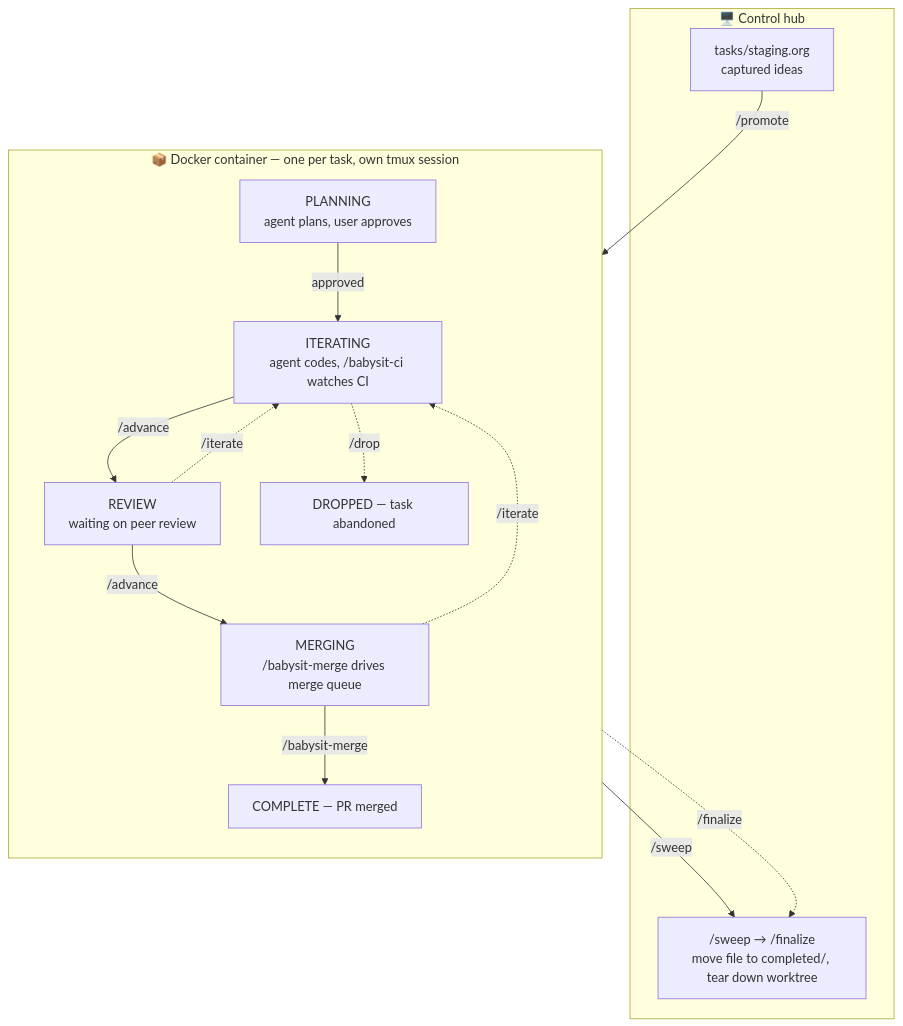
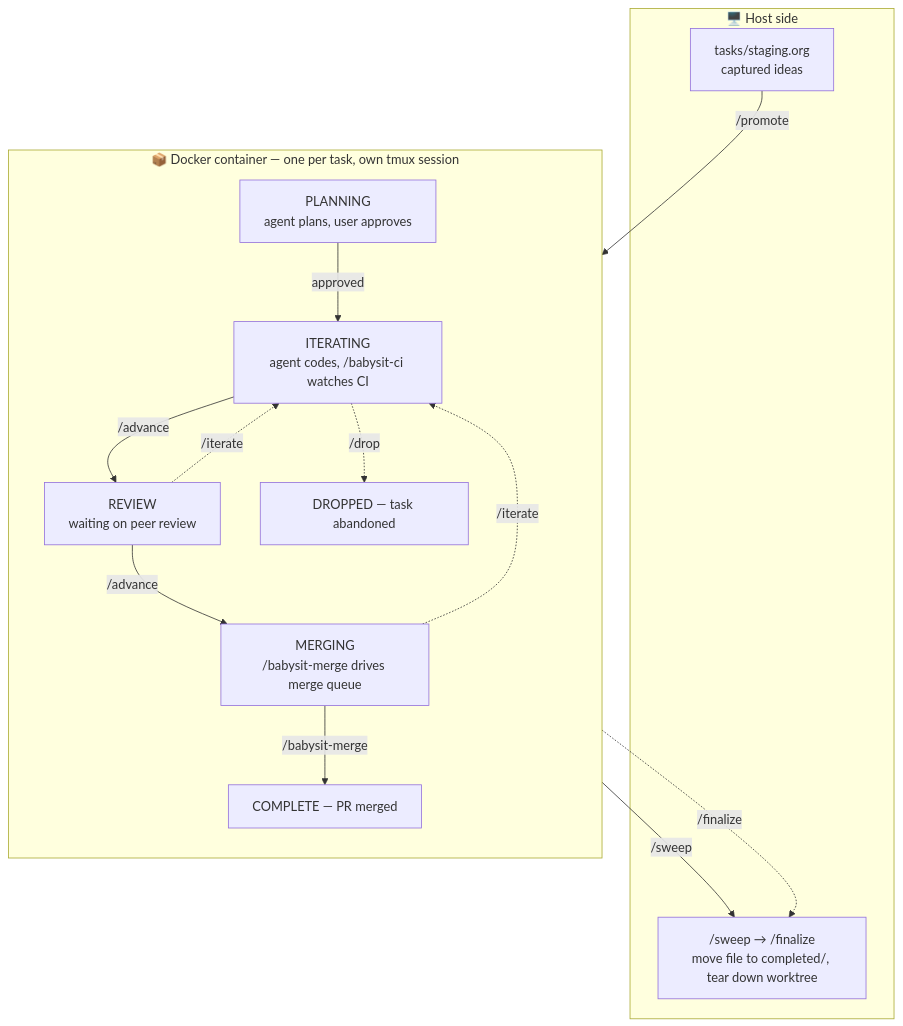
Before and after one commit to tildesrc/cloude-cade: the diagram in README.md, drawn with Mermaid. The commit also changed other lines of this file, not shown here.

First line of the commit message:
Rename "control hub" to "host side"

````diff
--- a/README.md
+++ b/README.md
@@ -57,29 +57,29 @@
 ```mermaid
 flowchart TD
-    subgraph host["🖥️  Control hub"]
+    subgraph host["🖥️  Host side"]
         STAGING["tasks/staging.org<br/>captured ideas"]
         CLEANUP["/sweep → /finalize<br/>move file to completed/, tear down worktree"]
     end
 
     subgraph container["📦  Docker container — one per task, own tmux session"]
         direction TB
         PLANNING["PLANNING<br/>agent plans, user approves"]
         ITERATING["ITERATING<br/>agent codes, /babysit-ci watches CI"]
         REVIEW["REVIEW<br/>waiting on peer review"]
         MERGING["MERGING<br/>/babysit-merge drives merge queue"]
         COMPLETE["COMPLETE — PR merged"]
         DROPPED["DROPPED — task abandoned"]
     end
 
     STAGING -->|"/promote"| PLANNING
     PLANNING -->|"approved"| ITERATING
     ITERATING -->|"/advance"| REVIEW
     REVIEW -->|"/advance"| MERGING
     MERGING -->|"/babysit-merge"| COMPLETE
     COMPLETE -->|"/sweep"| CLEANUP
 
     REVIEW -.->|"/iterate"| ITERATING
     MERGING -.->|"/iterate"| ITERATING
     ITERATING -.->|"/drop"| DROPPED
     DROPPED -.->|"/finalize"| CLEANUP
 ```
````
